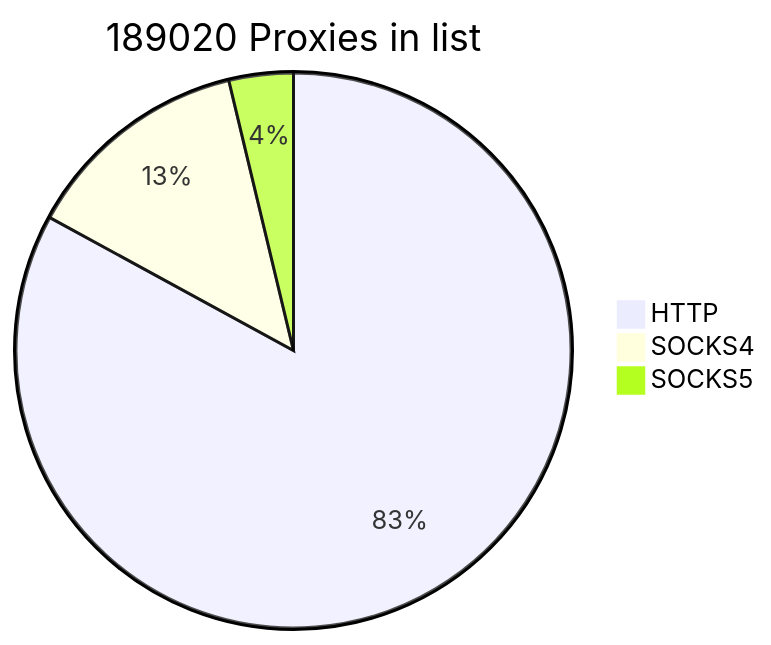
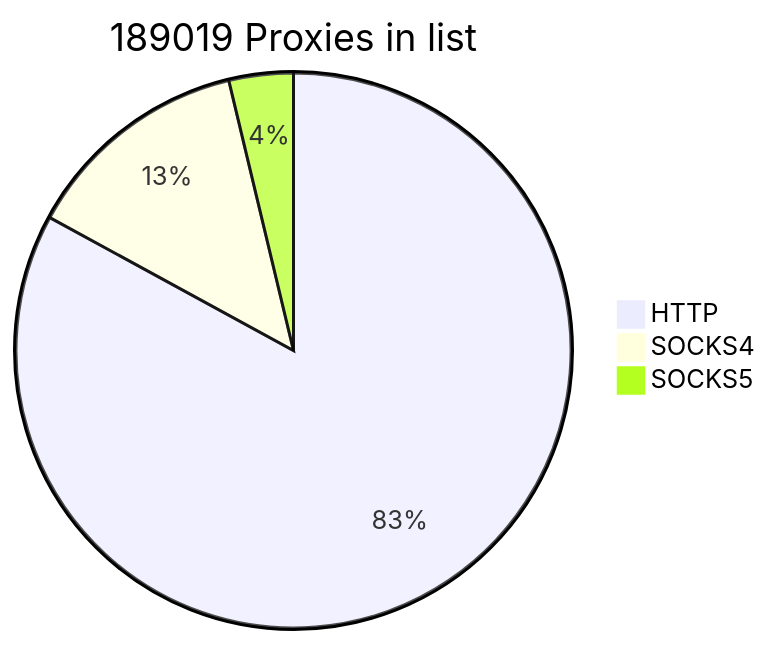
One commit to cutipu/proxylist changed the first of 2 diagrams in README.md. Above: the diagram before and after it, drawn with Mermaid. The commit also changed other lines of this file, not shown here.

````diff
--- a/README.md
+++ b/README.md
@@ -2,7 +2,7 @@
 ```mermaid
-pie title 189020 Proxies in list
-    "HTTP" : 156788
+pie title 189019 Proxies in list
+    "HTTP" : 156787
     "SOCKS4" : 25157
     "SOCKS5" : 7075
             
 ```
````
